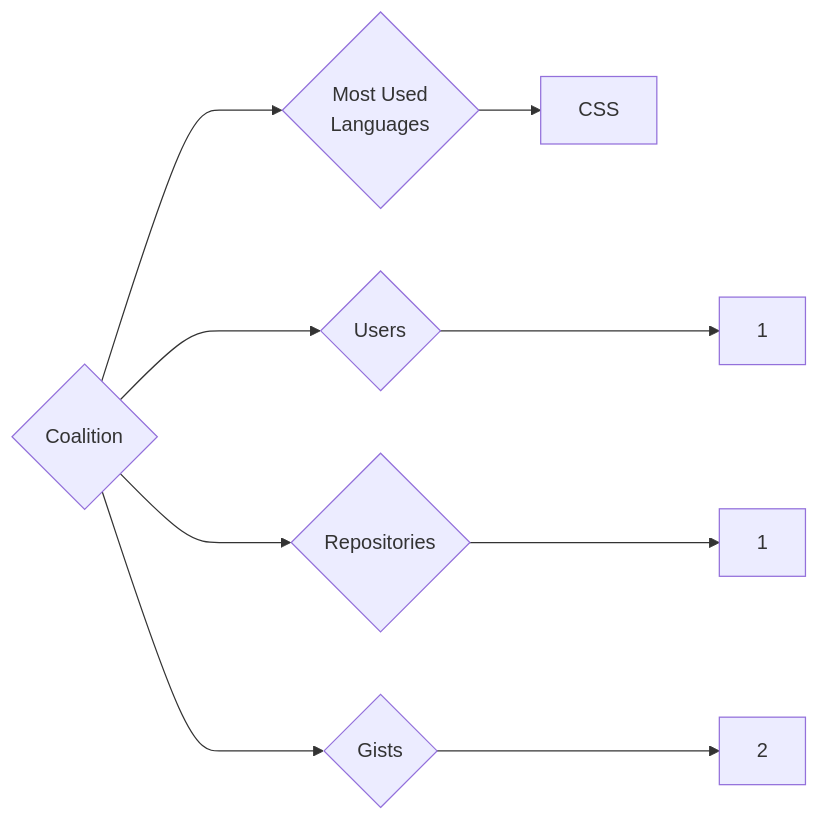
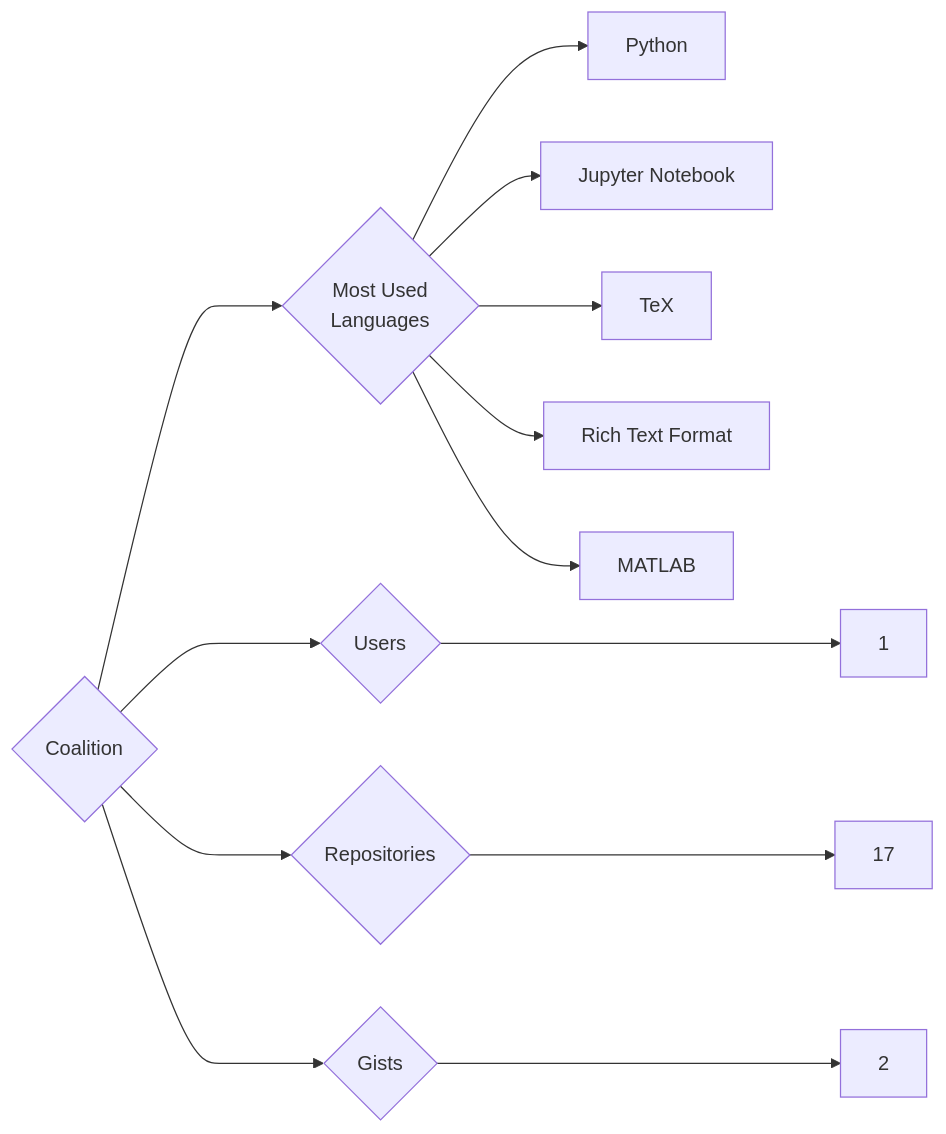
One commit to trickest/insiders changed the diagram in targets/Coalition/README.md. Above: the diagram before and after it, drawn with Mermaid. The commit also changed 873 other files, not shown here.

````diff
--- a/targets/Coalition/README.md
+++ b/targets/Coalition/README.md
@@ -3,9 +3,13 @@
 ```mermaid
 graph LR
 COMPANY_NAME{Coalition}
 COMPANY_NAME ---> U{Users} ---> UN[1]
-COMPANY_NAME ---> R{Repositories} ---> RN[1]
+COMPANY_NAME ---> R{Repositories} ---> RN[17]
 COMPANY_NAME ---> G{Gists} ---> GN[2]
 COMPANY_NAME ---> ML{Most Used<br>Languages}
-ML --> CSS[CSS]
+ML --> Python[Python]
+ML --> Jupyter_Notebook[Jupyter Notebook]
+ML --> TeX[TeX]
+ML --> Rich_Text_Format[Rich Text Format]
+ML --> MATLAB[MATLAB]
 ```
````
